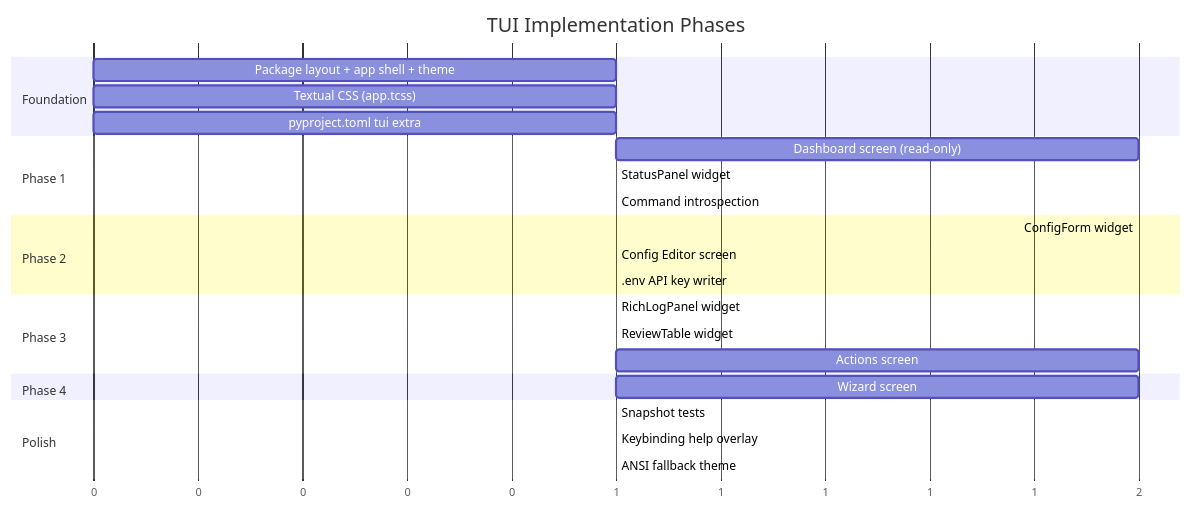
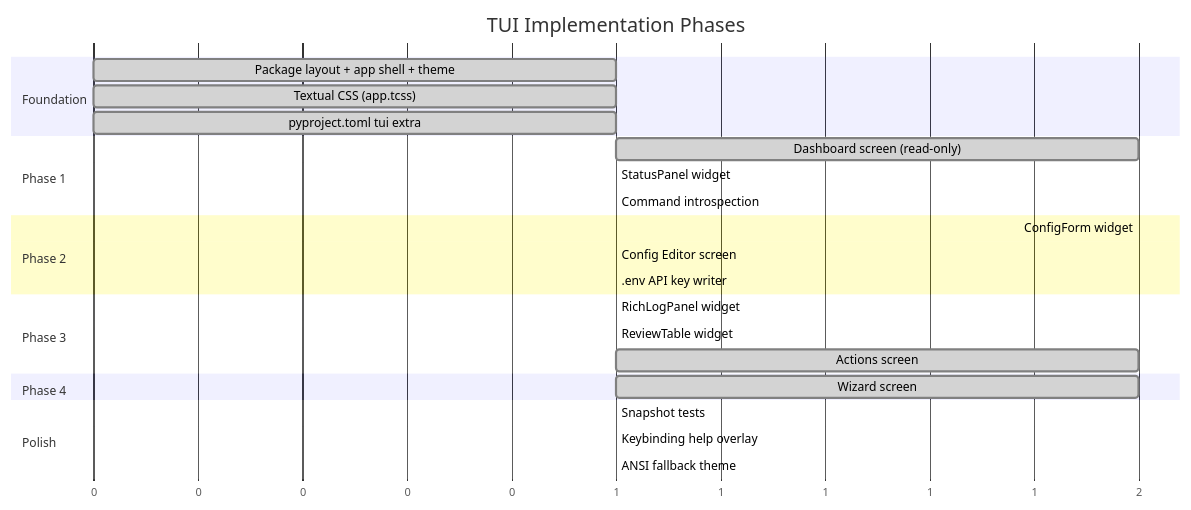
The second of 2 diagrams in docs/TUI_APP_PLAN.md (noyal1234/MemNetwork), drawn with Mermaid before and after one commit. The commit also changed other lines of this file and 19 other files, not shown here.

````diff
--- a/docs/TUI_APP_PLAN.md
+++ b/docs/TUI_APP_PLAN.md
@@ -509,34 +514,34 @@
 ```mermaid
 gantt
     title TUI Implementation Phases
     dateFormat  X
     axisFormat %s
 
     section Foundation
-    Package layout + app shell + theme     :p0, 0, 1
-    Textual CSS (app.tcss)                 :p0b, 0, 1
-    pyproject.toml tui extra               :p0c, 0, 1
+    Package layout + app shell + theme     :done, p0, 0, 1
+    Textual CSS (app.tcss)                 :done, p0b, 0, 1
+    pyproject.toml tui extra               :done, p0c, 0, 1
 
     section Phase 1
-    Dashboard screen (read-only)           :p1, after p0, 2
-    StatusPanel widget                     :p1b, after p0, 1
-    Command introspection                  :p1c, after p0, 1
+    Dashboard screen (read-only)           :done, p1, after p0, 2
+    StatusPanel widget                     :done, p1b, after p0, 1
+    Command introspection                  :done, p1c, after p0, 1
 
     section Phase 2
-    ConfigForm widget                      :p2a, after p1, 2
-    Config Editor screen                   :p2b, after p2a, 1
-    .env API key writer                    :p2c, after p2a, 1
+    ConfigForm widget                      :done, p2a, after p1, 2
+    Config Editor screen                   :done, p2b, after p2a, 1
+    .env API key writer                    :done, p2c, after p2a, 1
 
     section Phase 3
-    RichLogPanel widget                    :p3a, after p1, 1
-    ReviewTable widget                     :p3b, after p1, 1
-    Actions screen                         :p3c, after p3a, 2
+    RichLogPanel widget                    :done, p3a, after p1, 1
+    ReviewTable widget                     :done, p3b, after p1, 1
+    Actions screen                         :done, p3c, after p3a, 2
 
     section Phase 4
-    Wizard screen                          :p4, after p2b, 2
+    Wizard screen                          :done, p4, after p2b, 2
 
     section Polish
     Snapshot tests                         :p5a, after p4, 1
-    Keybinding help overlay                :p5b, after p4, 1
+    Keybinding help overlay                :done, p5b, after p4, 1
     ANSI fallback theme                    :p5c, after p4, 1
 ```
````
